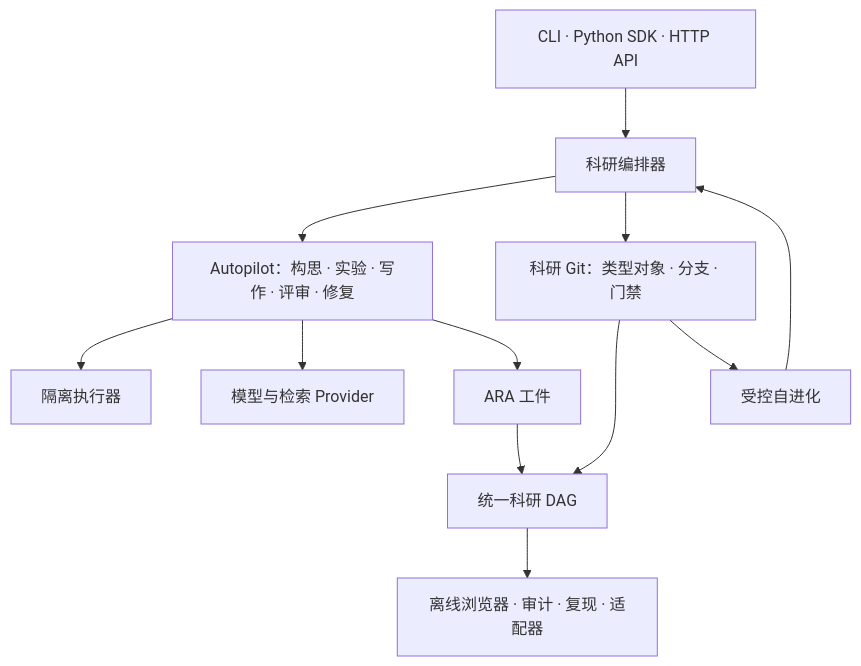
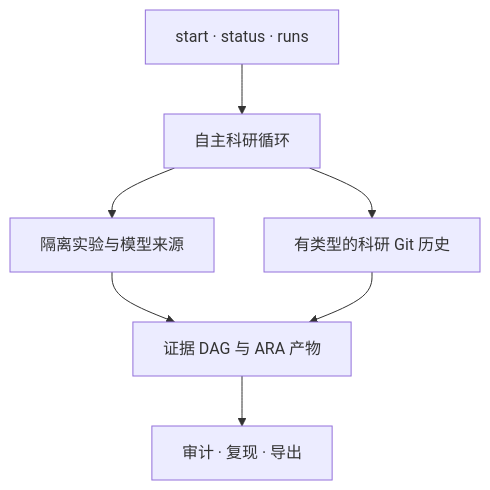
The diagram in docs/README.zh.md (smileformylove/XScientist), drawn with Mermaid before and after one commit. The commit also changed other lines of this file and 20 other files, not shown here.

````diff
--- a/docs/README.zh.md
+++ b/docs/README.zh.md
@@ -451,14 +214,9 @@
 ```mermaid
 flowchart TB
-  U["CLI · Python SDK · HTTP API"] --> O["科研编排器"]
-  O --> A["Autopilot：构思 · 实验 · 写作 · 评审 · 修复"]
-  O --> RG["科研 Git：类型对象 · 分支 · 门禁"]
-  A --> EX["隔离执行器"]
-  A --> M["模型与检索 Provider"]
-  A --> ARA["ARA 工件"]
-  RG --> DAG["统一科研 DAG"]
-  ARA --> DAG
-  DAG --> V["离线浏览器 · 审计 · 复现 · 适配器"]
-  RG --> EV["受控自进化"]
-  EV --> O
+  U["start · status · runs"] --> O["自主科研循环"]
+  O --> E["隔离实验与模型来源"]
+  O --> R["有类型的科研 Git 历史"]
+  E --> D["证据 DAG 与 ARA 产物"]
+  R --> D
+  D --> A["审计 · 复现 · 导出"]
 ```
````
